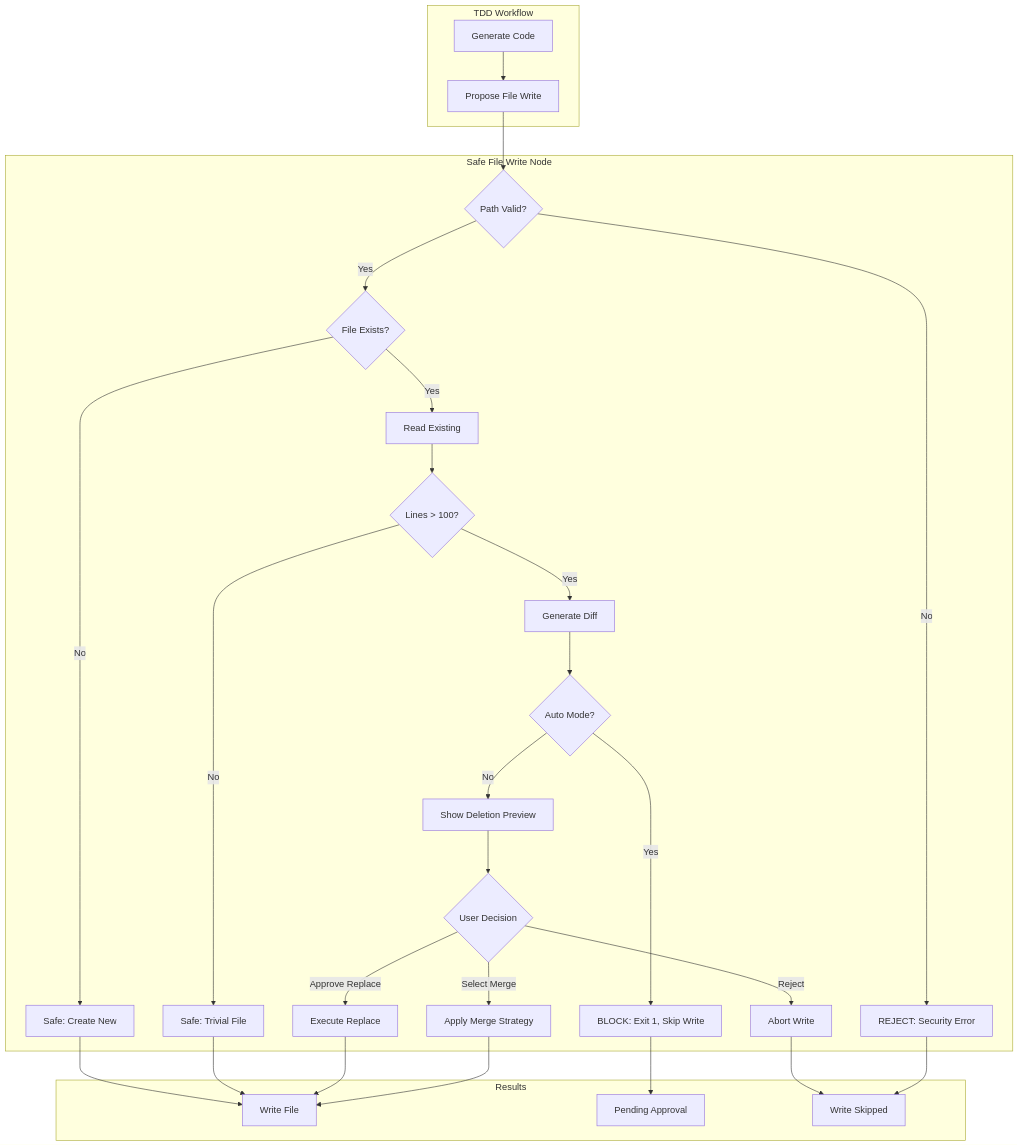
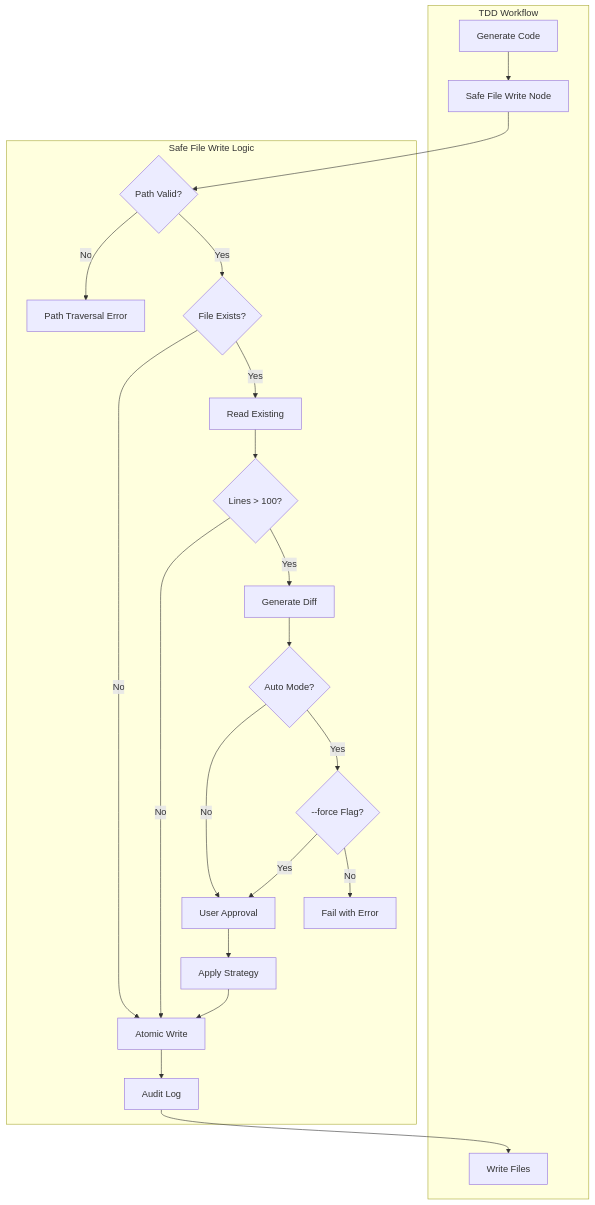
The diagram in docs/lineage/active/173-lld/004-draft.md (martymcenroe/AgentOS), drawn with Mermaid before and after one commit. The commit also changed other lines of this file and 5 other files, not shown here.

````diff
--- a/docs/lineage/active/173-lld/004-draft.md
+++ b/docs/lineage/active/173-lld/004-draft.md
@@ -281,34 +318,43 @@
 ```mermaid
 flowchart TD
     subgraph TDD["TDD Workflow"]
-        A[Generate Code] --> B[Propose File Write]
+        GEN[Generate Code]
+        SAFE[Safe File Write Node]
+        WRITE[Write Files]
     end
     
-    subgraph Guard["Safe File Write Node"]
-        B --> V{Path Valid?}
-        V -->|No| X[REJECT: Security Error]
-        V -->|Yes| C{File Exists?}
-        C -->|No| D[Safe: Create New]
-        C -->|Yes| E[Read Existing]
-        E --> F{Lines > 100?}
-        F -->|No| G[Safe: Trivial File]
-        F -->|Yes| H[Generate Diff]
-        H --> I{Auto Mode?}
-        I -->|Yes| J[BLOCK: Exit 1, Skip Write]
-        I -->|No| K[Show Deletion Preview]
-        K --> L{User Decision}
-        L -->|Approve Replace| M[Execute Replace]
-        L -->|Select Merge| N[Apply Merge Strategy]
-        L -->|Reject| O[Abort Write]
+    subgraph SafeWrite["Safe File Write Logic"]
+        PATHVAL{Path Valid?}
+        PATHERR[Path Traversal Error]
+        CHECK{File Exists?}
+        READ[Read Existing]
+        COUNT{Lines > 100?}
+        DIFF[Generate Diff]
+        AUTO{Auto Mode?}
+        FORCE{--force Flag?}
+        PROMPT[User Approval]
+        MERGE[Apply Strategy]
+        ATOMIC[Atomic Write]
+        FAIL[Fail with Error]
+        LOG[Audit Log]
     end
     
-    subgraph Output["Results"]
-        D --> P[Write File]
-        G --> P
-        M --> P
-        N --> P
-        J --> Q[Pending Approval]
-        O --> R[Write Skipped]
-        X --> R
-    end
+    GEN --> SAFE
+    SAFE --> PATHVAL
+    PATHVAL -->|No| PATHERR
+    PATHVAL -->|Yes| CHECK
+    CHECK -->|No| ATOMIC
+    CHECK -->|Yes| READ
+    READ --> COUNT
+    COUNT -->|No| ATOMIC
+    COUNT -->|Yes| DIFF
+    DIFF --> AUTO
+    AUTO -->|No| PROMPT
+    AUTO -->|Yes| FORCE
+    FORCE -->|Yes| PROMPT
+    FORCE -->|No| FAIL
+    PROMPT --> MERGE
+    MERGE --> ATOMIC
+    ATOMIC --> LOG
+    LOG --> WRITE
 ```
````
